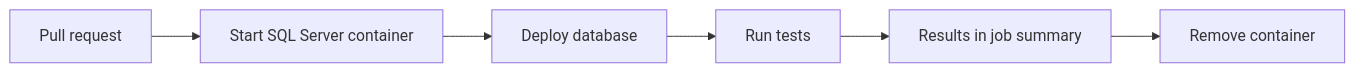
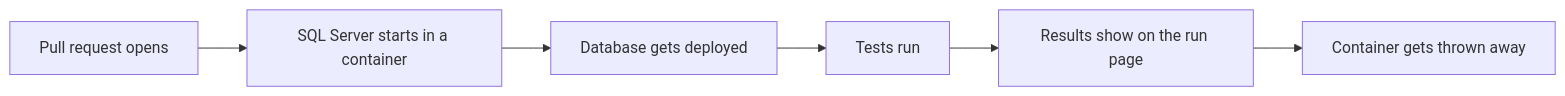
The diagram in 05_Containers/README.md (amyabelsql/DayOfData_Portland_2026), drawn with Mermaid before and after one commit. The commit also changed other lines of this file and 35 other files, not shown here.

````diff
--- a/05_Containers/README.md
+++ b/05_Containers/README.md
@@ -25,5 +40,5 @@
 ```mermaid
 flowchart LR
-    P[Pull request] --> S[Start SQL Server container] --> D[Deploy database] --> T[Run tests]
-    T --> R[Results in job summary] --> X[Remove container]
+    P[Pull request opens] --> S[SQL Server starts in a container] --> D[Database gets deployed] --> T[Tests run]
+    T --> R[Results show on the run page] --> X[Container gets thrown away]
 ```
````
